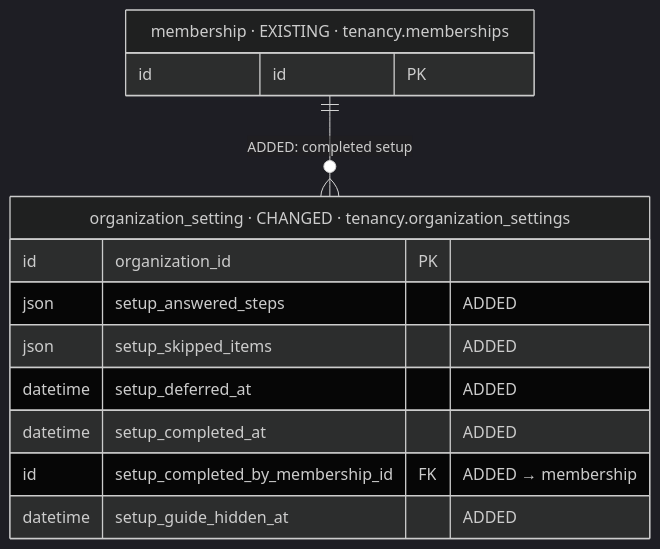
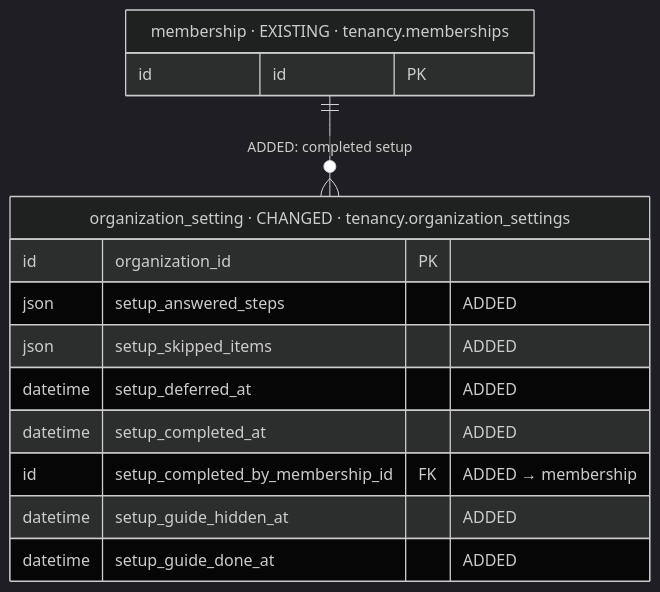
The second of 3 diagrams in iterations/feat-clinic-setup-2026-10-13-sltd/plans/db-changes.md (albetrios/clinozy-be), drawn with Mermaid (dark theme) before and after one commit. The commit also changed other lines of this file and 4 other files, not shown here.

````diff
--- a/iterations/feat-clinic-setup-2026-10-13-sltd/plans/db-changes.md
+++ b/iterations/feat-clinic-setup-2026-10-13-sltd/plans/db-changes.md
@@ -90,16 +89,17 @@
 ```mermaid
 erDiagram
   organization_setting["organization_setting · CHANGED · tenancy.organization_settings"] {
     id organization_id PK
     json setup_answered_steps "ADDED"
     json setup_skipped_items "ADDED"
     datetime setup_deferred_at "ADDED"
     datetime setup_completed_at "ADDED"
     id setup_completed_by_membership_id FK "ADDED → membership"
     datetime setup_guide_hidden_at "ADDED"
+    datetime setup_guide_done_at "ADDED"
   }
   membership["membership · EXISTING · tenancy.memberships"] {
     id id PK
   }
   membership ||--o{ organization_setting : "ADDED: completed setup"
 ```
````
